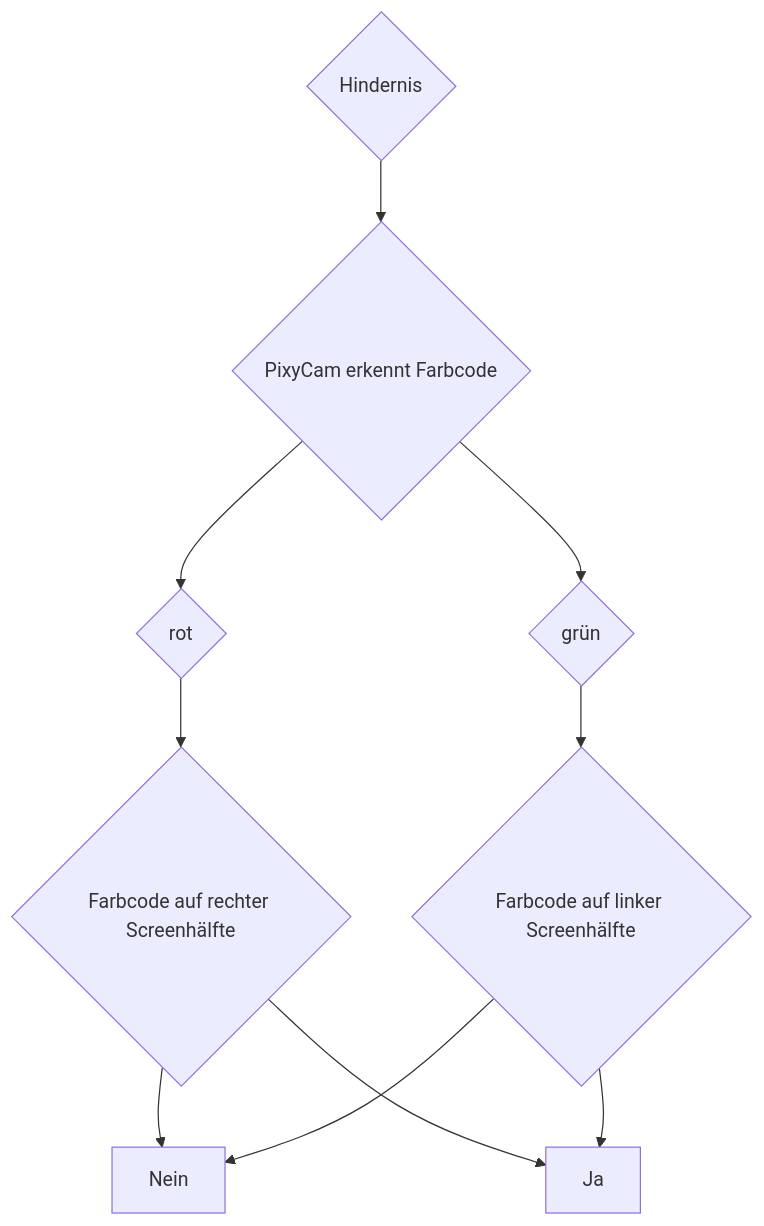
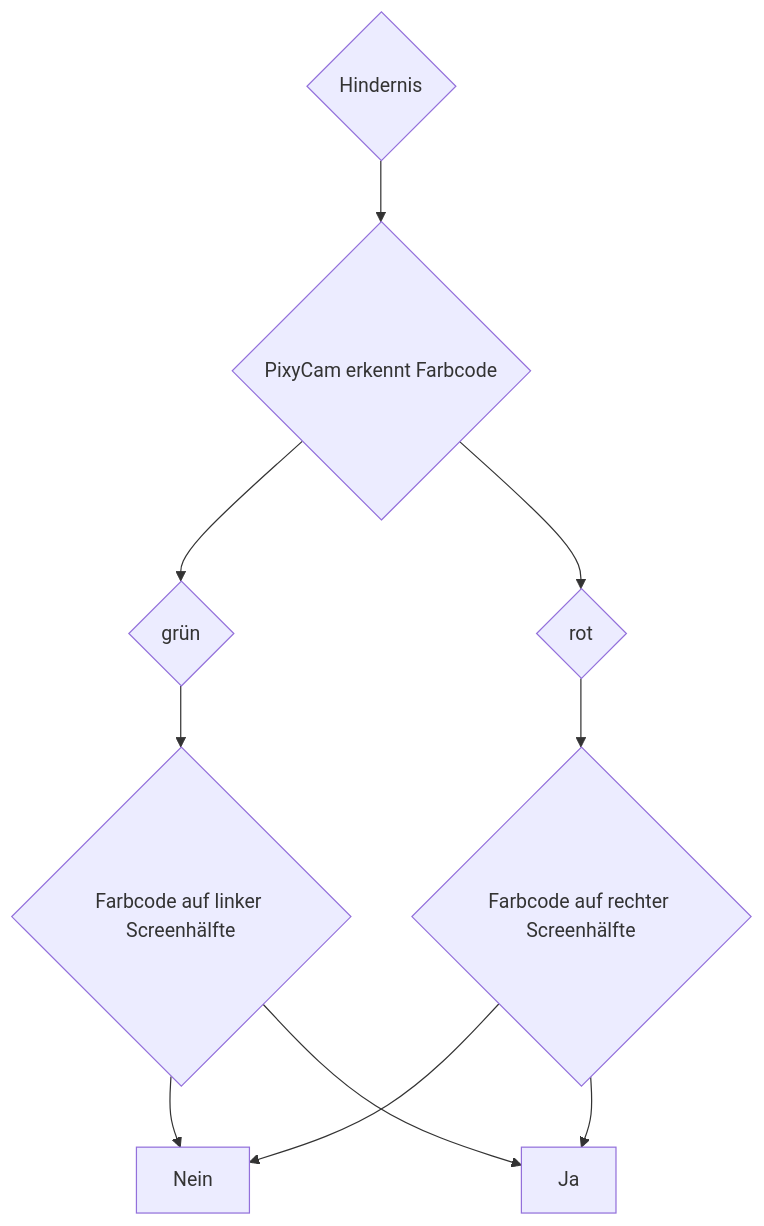
One commit to SchroedingersBit/PfortGTPanama changed the diagram in Programme/Hindernisrennen/README.md. Above: the diagram before and after it, drawn with Mermaid.

````diff
--- a/Programme/Hindernisrennen/README.md
+++ b/Programme/Hindernisrennen/README.md
@@ -4,8 +4,10 @@
 ```mermaid
 graph TB;
 A{Hindernis} -->B{PixyCam erkennt Farbcode};
 B-->E{grün}-->C1{Farbcode auf linker Screenhälfte};
 B-->C{rot}-->C2{Farbcode auf rechter Screenhälfte};
-C2 --> Nein; C2-->Ja;
-C1 --> Nein;C1-->Ja;
+C2 --> Nein; 
+C1 --> Nein;
+C1-->Ja;
+C2-->Ja;
 ```
````
